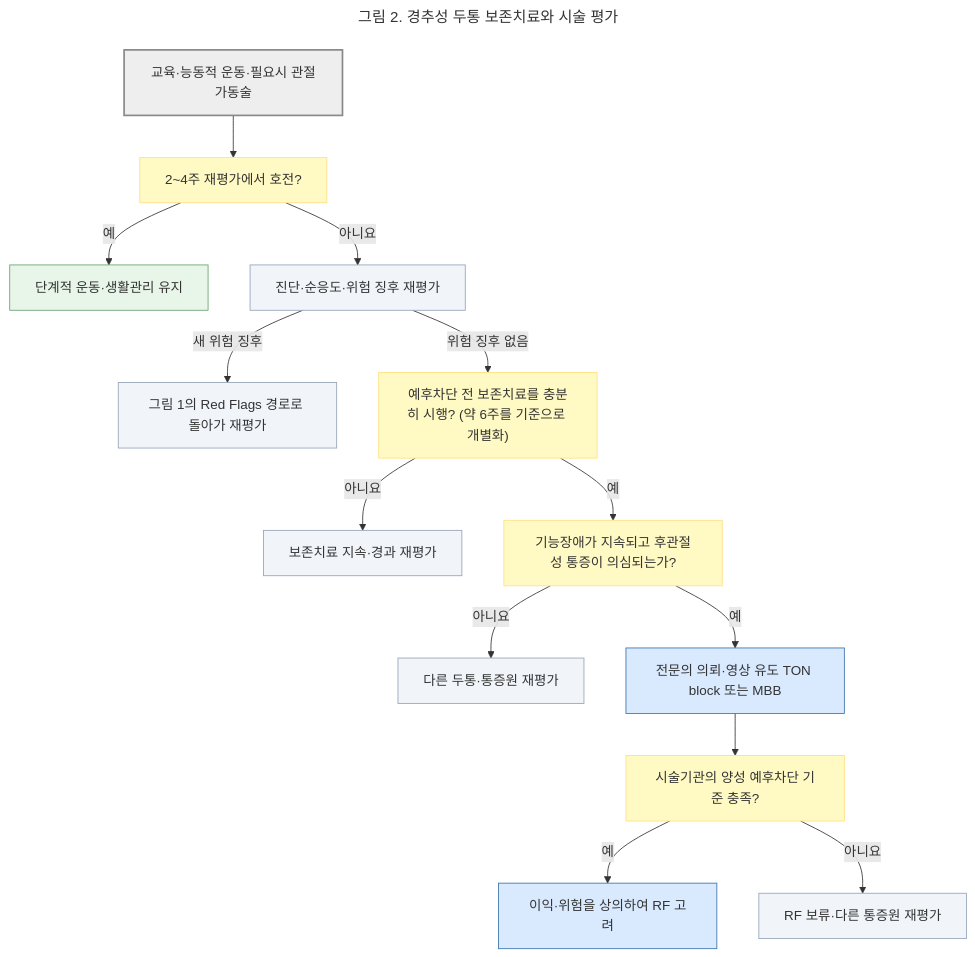
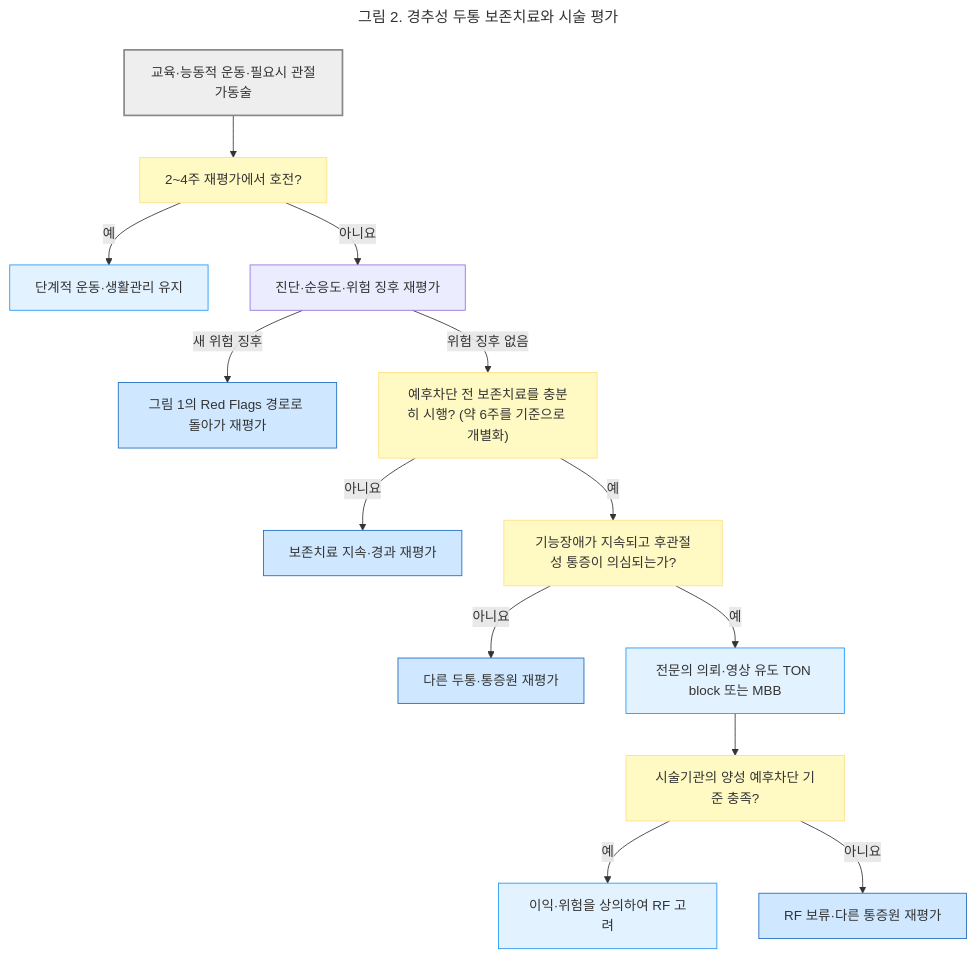
The second of 2 diagrams in 221_/019_-cervicogenic-headache.md (familyoh77/familyoh77), drawn with Mermaid before and after one commit. The commit also changed other lines of this file and 4 other files, not shown here.

````diff
--- a/221_/019_-cervicogenic-headache.md
+++ b/221_/019_-cervicogenic-headache.md
@@ -186,30 +184,27 @@
 ```mermaid
 ---
 title: 그림 2. 경추성 두통 보존치료와 시술 평가
 ---
 flowchart TD
     I["교육·능동적 운동·필요시 관절가동술"] --> J["2~4주 재평가에서 호전?"]
     J -- "예" --> K["단계적 운동·생활관리 유지"]
     J -- "아니요" --> L["진단·순응도·위험 징후 재평가"]
     L -- "새 위험 징후" --> B2["그림 1의 Red Flags 경로로 돌아가 재평가"]
     L -- "위험 징후 없음" --> M0["예후차단 전 보존치료를 충분히 시행? (약 6주를 기준으로 개별화)"]
     M0 -- "아니요" --> K2["보존치료 지속·경과 재평가"]
     M0 -- "예" --> M["기능장애가 지속되고 후관절성 통증이 의심되는가?"]
     M -- "아니요" --> H2["다른 두통·통증원 재평가"]
     M -- "예" --> N["전문의 의뢰·영상 유도 TON block 또는 MBB"]
     N --> O["시술기관의 양성 예후차단 기준 충족?"]
     O -- "예" --> P["이익·위험을 상의하여 RF 고려"]
     O -- "아니요" --> Q["RF 보류·다른 통증원 재평가"]
-
     classDef start fill:#eeeeee,stroke:#888888,stroke-width:2px;
     classDef decision fill:#fff9c4,stroke:#ffe082;
-    classDef assessment fill:#f1f5f9,stroke:#94a3b8;
-    classDef care fill:#d9eaff,stroke:#3973ac;
-    classDef followup fill:#e8f5e9,stroke:#66a36f;
+classDef care fill:#e3f2ff,stroke:#2196f3;
+classDef followup fill:#d0e8ff,stroke:#1a6abf;
 
     class I start;
     class J,M0,M,O decision;
-    class L,B2,K2,H2,Q assessment;
-    class N,P care;
-    class K followup;
+    class B2,K2,H2,Q followup;
+    class N,P,K care;
 ```
````
